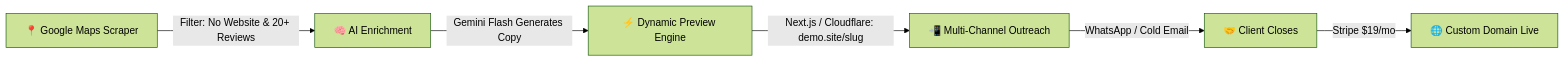
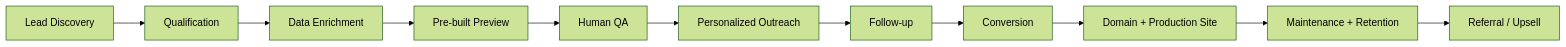
The diagram in README.md (rajonu/website-lead), drawn with Mermaid (forest theme) before and after one commit. The commit also changed other lines of this file, not shown here.

Commit message:
docs: refine business blueprint for acquisition and retention

````diff
--- a/README.md
+++ b/README.md
@@ -27,8 +11,13 @@
 ```mermaid
 flowchart LR
-    A[📍 Google Maps Scraper] -->|Filter: No Website & 20+ Reviews| B[🧠 AI Enrichment]
-    B -->|Gemini Flash Generates Copy| C[⚡ Dynamic Preview Engine]
-    C -->|Next.js / Cloudflare: demo.site/slug| D[📲 Multi-Channel Outreach]
-    D -->|WhatsApp / Cold Email| E[🤝 Client Closes]
-    E -->|Stripe $19/mo| F[🌐 Custom Domain Live]
+ A[Lead Discovery] --> B[Qualification]
+ B --> C[Data Enrichment]
+ C --> D[Pre-built Preview]
+ D --> E[Human QA]
+ E --> F[Personalized Outreach]
+ F --> G[Follow-up]
+ G --> H[Conversion]
+ H --> I[Domain + Production Site]
+ I --> J[Maintenance + Retention]
+ J --> K[Referral / Upsell]
 ```
````
